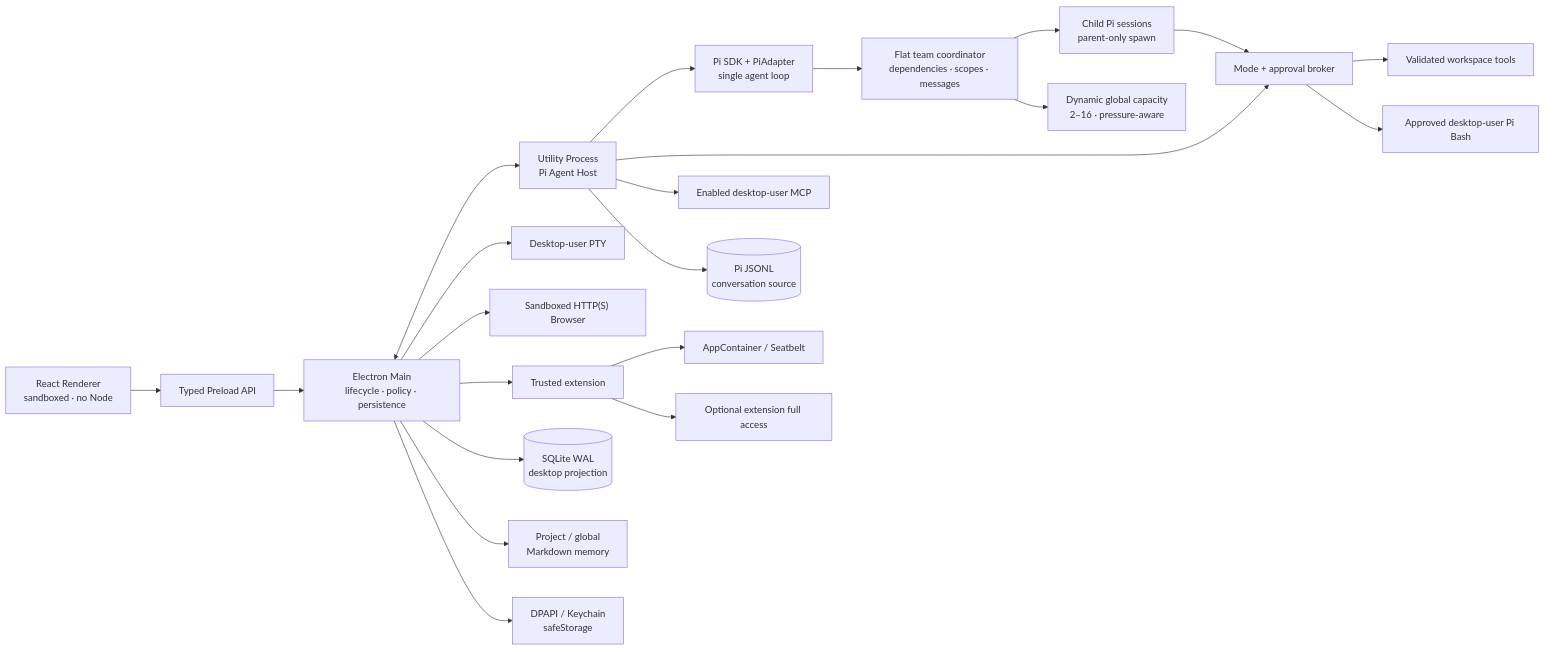
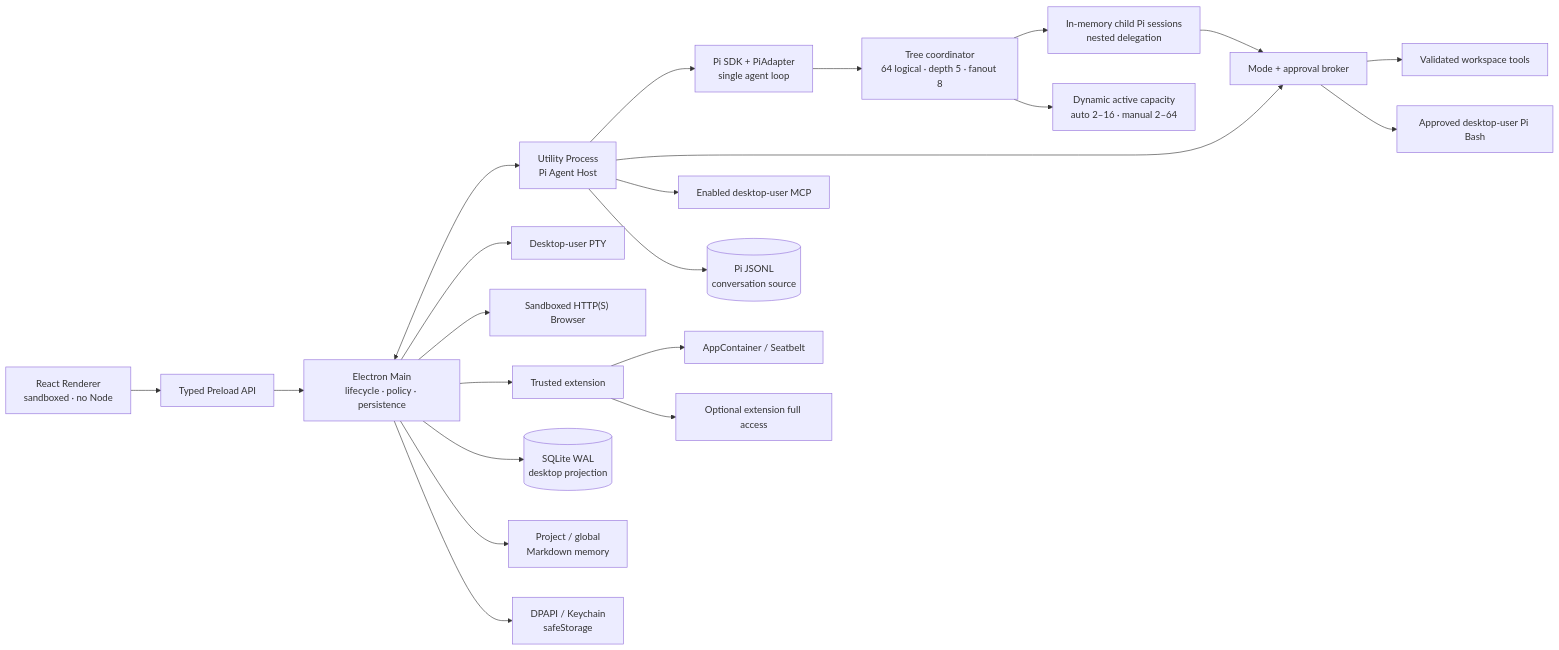
One commit to EurekaRaider/Artemis changed the second of 2 diagrams in README.md. Above: the diagram before and after it, drawn with Mermaid. The commit also changed other lines of this file and 53 other files, not shown here.

````diff
--- a/README.md
+++ b/README.md
@@ -877,26 +886,26 @@
 ```mermaid
 flowchart LR
     UI["React Renderer<br/>sandboxed · no Node"] --> Preload["Typed Preload API"]
     Preload --> Main["Electron Main<br/>lifecycle · policy · persistence"]
     Main <--> Agent["Utility Process<br/>Pi Agent Host"]
 
     Agent --> Pi["Pi SDK + PiAdapter<br/>single agent loop"]
-    Pi --> Team["Flat team coordinator<br/>dependencies · scopes · messages"]
-    Team --> Children["Child Pi sessions<br/>parent-only spawn"]
-    Team --> Capacity["Dynamic global capacity<br/>2–16 · pressure-aware"]
+    Pi --> Team["Tree coordinator<br/>64 logical · depth 5 · fanout 8"]
+    Team --> Children["In-memory child Pi sessions<br/>nested delegation"]
+    Team --> Capacity["Dynamic active capacity<br/>auto 2–16 · manual 2–64"]
     Agent --> Gate["Mode + approval broker"]
     Children --> Gate
     Gate --> Workspace["Validated workspace tools"]
     Gate --> UserExec["Approved desktop-user Pi Bash"]
     Agent --> MCP["Enabled desktop-user MCP"]
     Main --> Terminal["Desktop-user PTY"]
     Main --> Browser["Sandboxed HTTP(S) Browser"]
     Main --> Extension["Trusted extension"]
     Extension --> Native["AppContainer / Seatbelt"]
     Extension --> FullAccess["Optional extension full access"]
 
     Main --> SQLite[("SQLite WAL<br/>desktop projection")]
     Agent --> JSONL[("Pi JSONL<br/>conversation source")]
     Main --> Memory["Project / global<br/>Markdown memory"]
     Main --> Secrets["DPAPI / Keychain<br/>safeStorage"]
 ```
````
